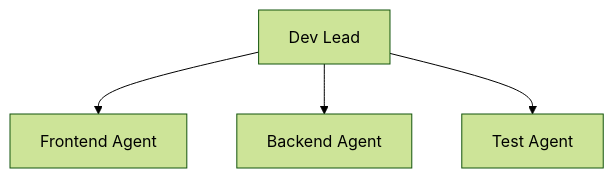
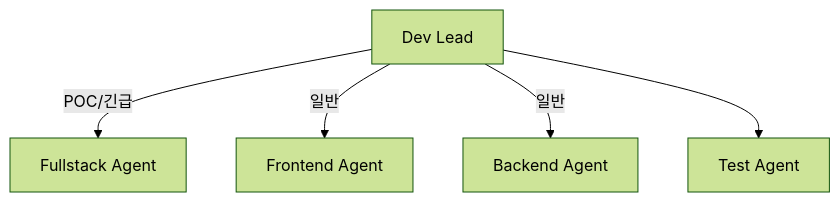
The second of 2 diagrams in docs/agents/teams/ai-dev.mdx (org-tinysolver/ground-truth), drawn with Mermaid (forest theme) before and after one commit. The commit also changed other lines of this file and 2 other files, not shown here.

First line of the commit message:
docs: Update CLAUDE.md and add fullstack mode for AI Dev Team

````diff
--- a/docs/agents/teams/ai-dev.mdx
+++ b/docs/agents/teams/ai-dev.mdx
@@ -44,11 +44,13 @@
 ```mermaid
 flowchart TB
     DEV_LEAD[Dev Lead]
+    FULLSTACK[Fullstack Agent]
     FE[Frontend Agent]
     BE[Backend Agent]
     TEST[Test Agent]
 
-    DEV_LEAD --> FE
-    DEV_LEAD --> BE
+    DEV_LEAD -->|POC/긴급| FULLSTACK
+    DEV_LEAD -->|일반| FE
+    DEV_LEAD -->|일반| BE
     DEV_LEAD --> TEST
 ```
````
